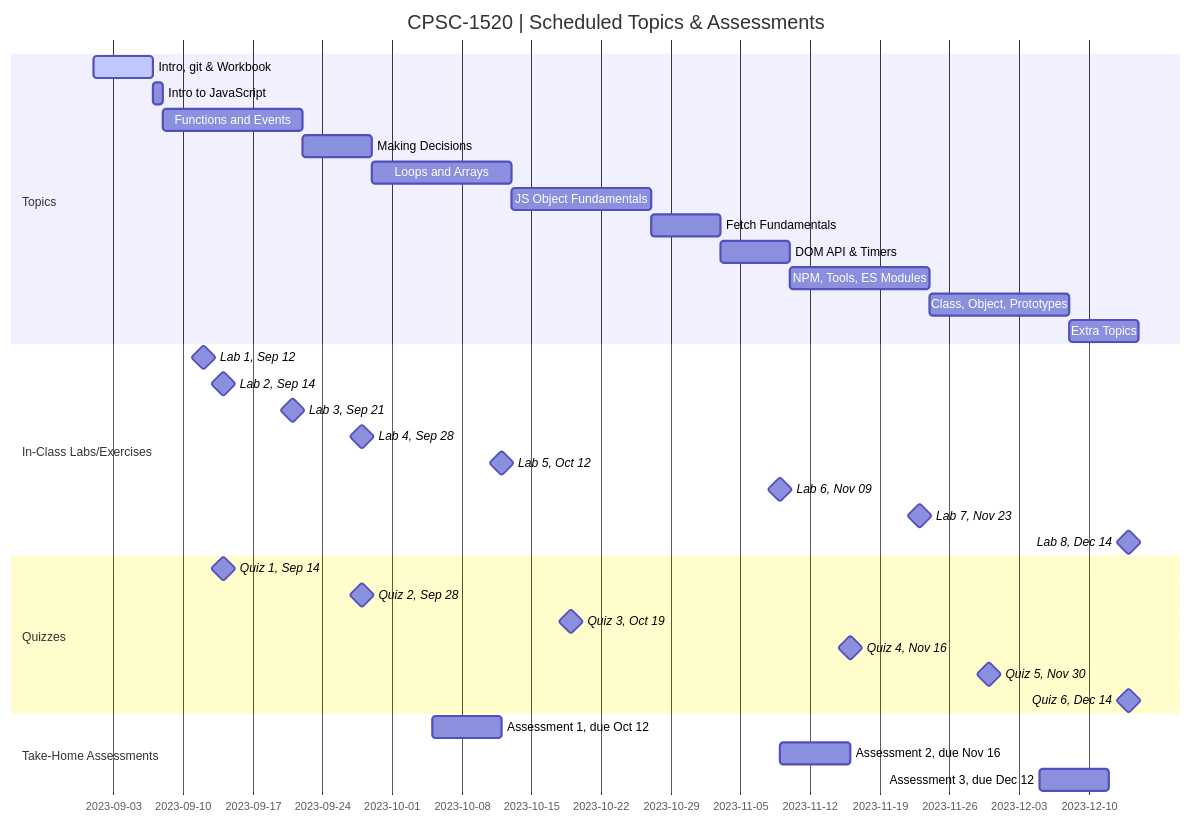
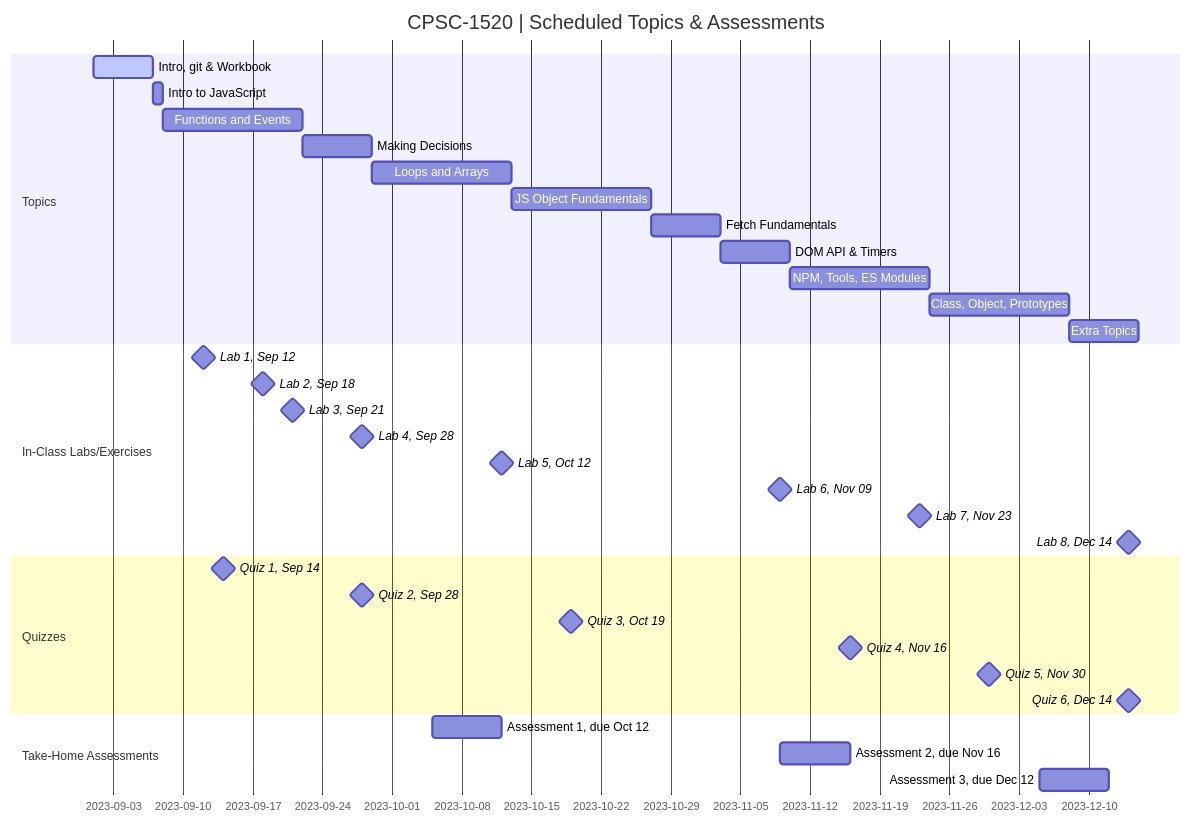
Before and after one commit to CPSC-1520/CPSC-1520-Workbook-A02-dgilleland: the diagram in ReadMe.md, drawn with Mermaid.

Commit message:
Move In-Class Lab 2 to Sep 18

````diff
--- a/ReadMe.md
+++ b/ReadMe.md
@@ -11,47 +11,47 @@
 ```mermaid
 gantt
     dateFormat  YYYY-MM-DD
     title       CPSC-1520 | Scheduled Topics & Assessments
     %% excludes    weekends
     %% (`excludes` accepts specific dates in YYYY-MM-DD format, days of the week ("sunday") or "weekends", but not the word "weekdays".)
 
     section Topics
     %% done - for finished tasks
     %% active - for current tasks
     %% crit - for red outline/background
     Intro, git & Workbook     :active,  part0, 2023-09-01, 2023-09-07
     Intro to JavaScript       :         part1, 2023-09-07, 1d
     Functions and Events      :         part2, after part1, 14d
     Making Decisions          :         part3, after part2, 7d
     Loops and Arrays          :         part4, after part3, 14d
     JS Object Fundamentals    :         part5, after part4, 14d
     Fetch Fundamentals        :         part6, after part5, 7d
     DOM API & Timers          :         part7, after part6, 7d
     NPM, Tools, ES Modules    :         part8, after part7, 14d
     Class, Object, Prototypes :         part9, after part8, 14d
     Extra Topics              :         end, after part9, 7d 
 
     section In-Class Labs/Exercises
     Lab 1, Sep 12  :     milestone, 2023-09-12, 0d
-    Lab 2, Sep 14  :     milestone, 2023-09-14, 0d
+    Lab 2, Sep 18  :     milestone, 2023-09-18, 0d
     Lab 3, Sep 21  :     milestone, 2023-09-21, 0d
     Lab 4, Sep 28  :     milestone, 2023-09-28, 0d
     Lab 5, Oct 12  :     milestone, 2023-10-12, 0d
     Lab 6, Nov 09  :     milestone, 2023-11-09, 0d
     Lab 7, Nov 23  :     milestone, 2023-11-23, 0d
     Lab 8, Dec 14  :     milestone, 2023-12-14, 0d
 
     section Quizzes
     Quiz 1, Sep 14 :  milestone, 2023-09-14, 0d
     Quiz 2, Sep 28 :  milestone, 2023-09-28, 0d
     Quiz 3, Oct 19 :  milestone, 2023-10-19, 0d
     Quiz 4, Nov 16 :  milestone, 2023-11-16, 0d
     Quiz 5, Nov 30 :  milestone, 2023-11-30, 0d
     Quiz 6, Dec 14 :  milestone, 2023-12-14, 0d
 
     section Take-Home Assessments
     Assessment 1, due Oct 12 : 2023-10-05, 2023-10-12
     Assessment 2, due Nov 16 : 2023-11-09, 2023-11-16
     Assessment 3, due Dec 12 : 2023-12-05, 2023-12-12
 
 ```
````
